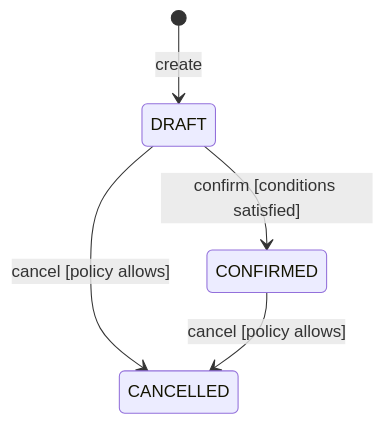
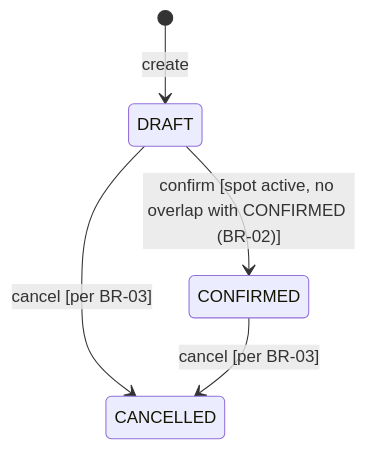
The second of 3 diagrams in docs/specification.md (Kenimos/SWI_Project_2026), drawn with Mermaid before and after one commit. The commit also changed other lines of this file, not shown here.

Commit message:
spec: add OP-03 Confirm Reservation, align state diagram

````diff
--- a/docs/specification.md
+++ b/docs/specification.md
@@ -221,7 +293,7 @@
 ```mermaid
 stateDiagram-v2
     [*] --> DRAFT: create
-    DRAFT --> CONFIRMED: confirm [conditions satisfied]
-    DRAFT --> CANCELLED: cancel [policy allows]
-    CONFIRMED --> CANCELLED: cancel [policy allows]
+    DRAFT --> CONFIRMED: confirm [spot active, no overlap with CONFIRMED (BR-02)]
+    DRAFT --> CANCELLED: cancel [per BR-03]
+    CONFIRMED --> CANCELLED: cancel [per BR-03]
 ```
````
